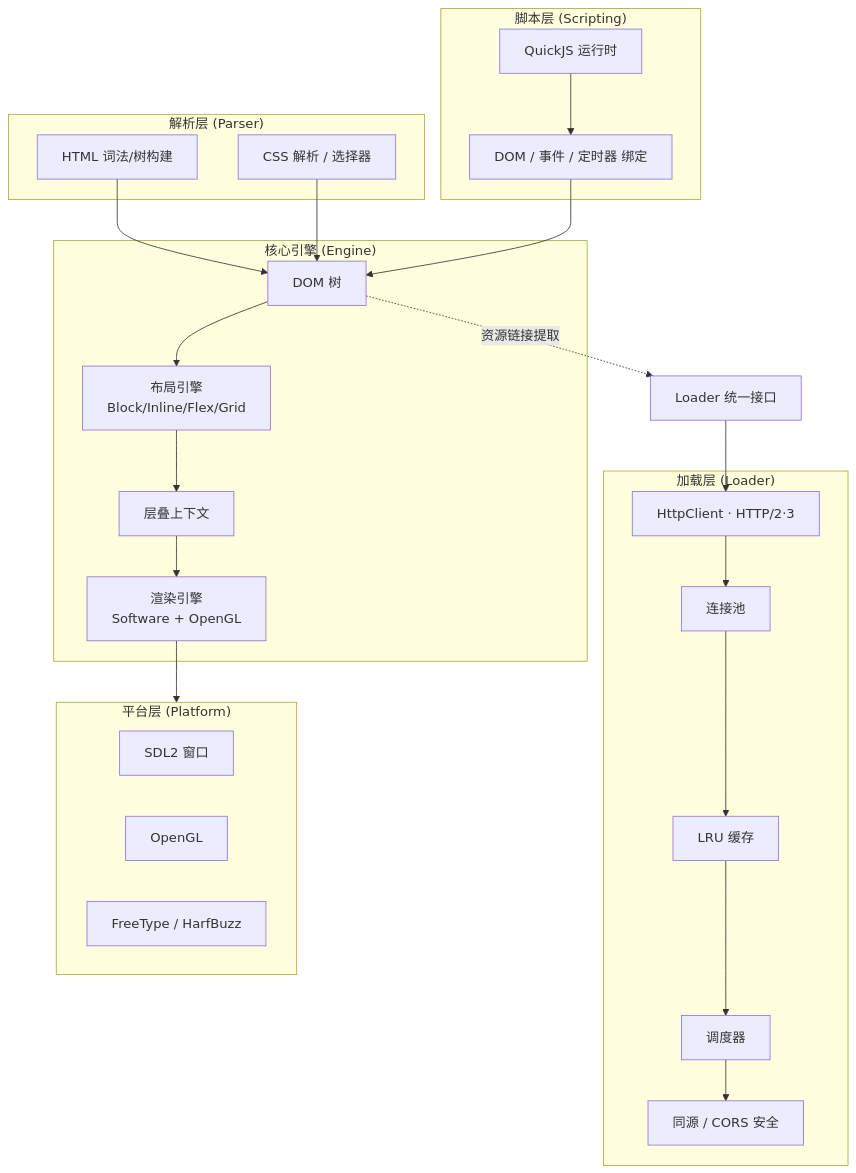
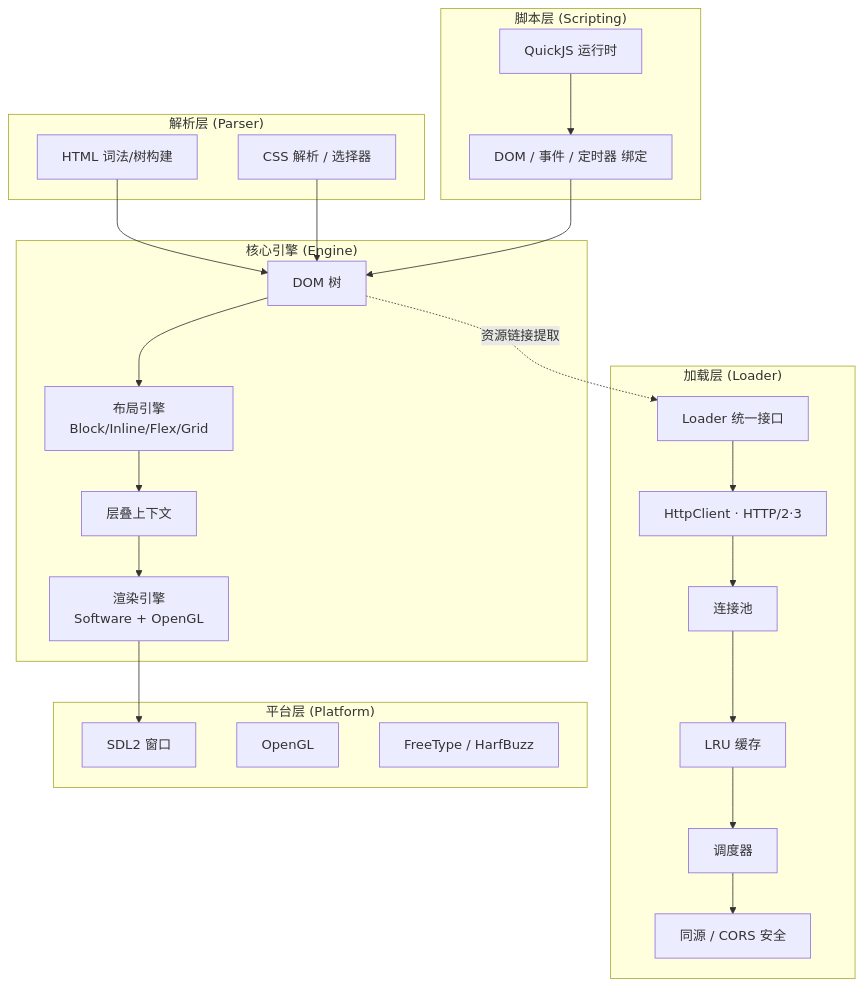
The diagram in README.md (jencaoking/xiaopengkernel), drawn with Mermaid before and after one commit.

Commit message:
docs(readme): 更新架构图节点格式与连接关系
- 统一节点标签为字符串字面量格式
- 修复渲染引擎输出连接至 SDL 节点
- 为 Loader 层显式添加统一接口节点

````diff
--- a/README.md
+++ b/README.md
@@ -55,38 +55,39 @@
 ```mermaid
 flowchart TB
     subgraph Parse["解析层 (Parser)"]
         HTML[HTML 词法/树构建]
         CSS[CSS 解析 / 选择器]
     end
     subgraph Core["核心引擎 (Engine)"]
         DOM[DOM 树]
-        LAYOUT[布局引擎<br/>Block/Inline/Flex/Grid]
+        LAYOUT["布局引擎<br/>Block/Inline/Flex/Grid"]
         STACK[层叠上下文]
-        RENDER[渲染引擎<br/>Software + OpenGL]
+        RENDER["渲染引擎<br/>Software + OpenGL"]
     end
     subgraph Script["脚本层 (Scripting)"]
         JS[QuickJS 运行时]
-        BIND[DOM / 事件 / 定时器 绑定]
+        BIND["DOM / 事件 / 定时器 绑定"]
     end
     subgraph Loader["加载层 (Loader)"]
-        HTTP[HttpClient · HTTP/2·3]
+        LOADER[Loader 统一接口]
+        HTTP["HttpClient · HTTP/2·3"]
         POOL[连接池]
         CACHE[LRU 缓存]
         SCHED[调度器]
-        SEC[同源 / CORS 安全]
+        SEC["同源 / CORS 安全"]
     end
     subgraph Platform["平台层 (Platform)"]
         SDL[SDL2 窗口]
         GL[OpenGL]
         FT[FreeType / HarfBuzz]
     end
 
     HTML --> DOM
     CSS --> DOM
     DOM --> LAYOUT --> STACK --> RENDER
-    RENDER --> Platform
+    RENDER --> SDL
     BIND --> DOM
     JS --> BIND
-    LOADER[Loader 统一接口] --> HTTP --> POOL --> CACHE --> SCHED --> SEC
+    LOADER --> HTTP --> POOL --> CACHE --> SCHED --> SEC
     DOM -. 资源链接提取 .-> LOADER
 ```
````
